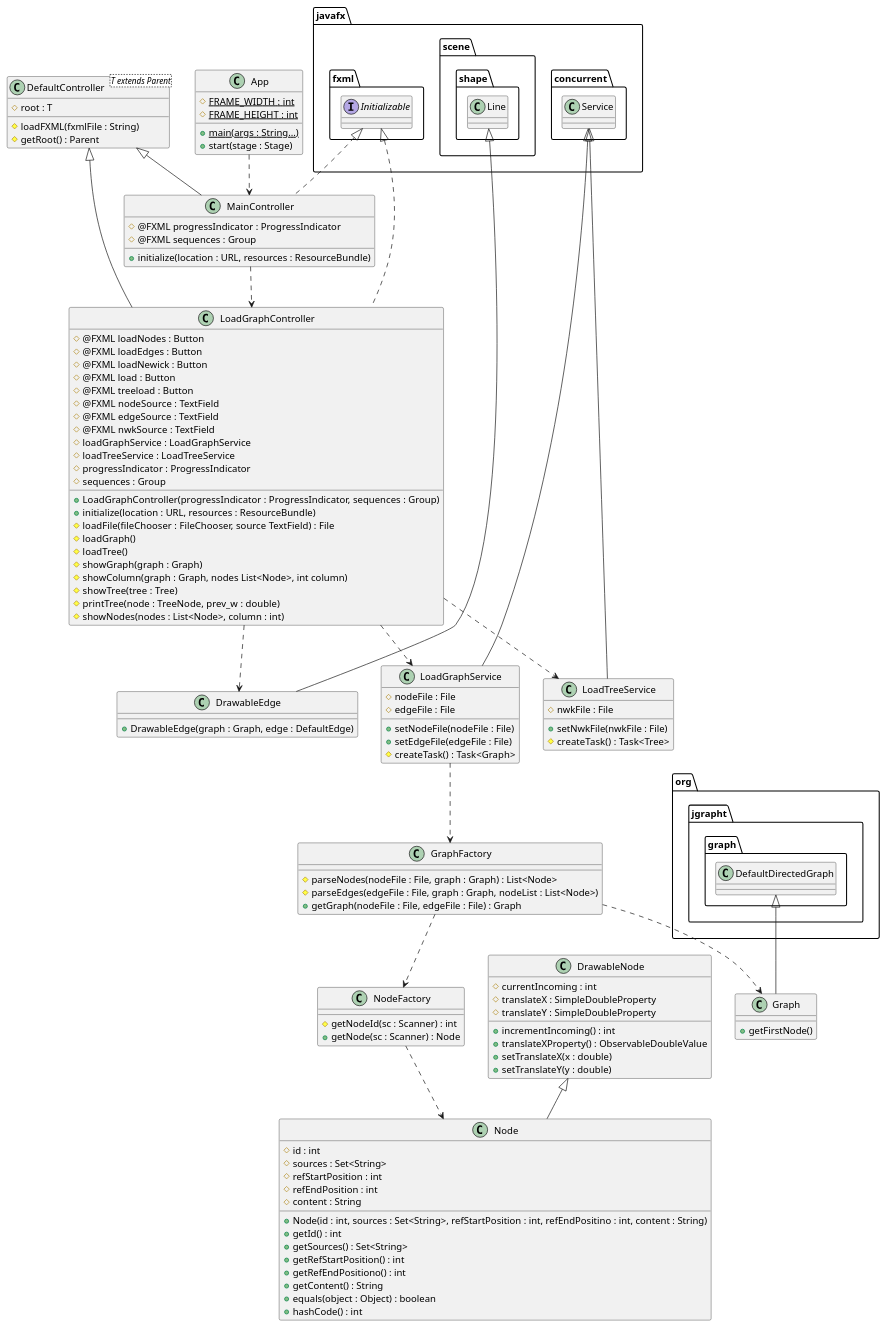
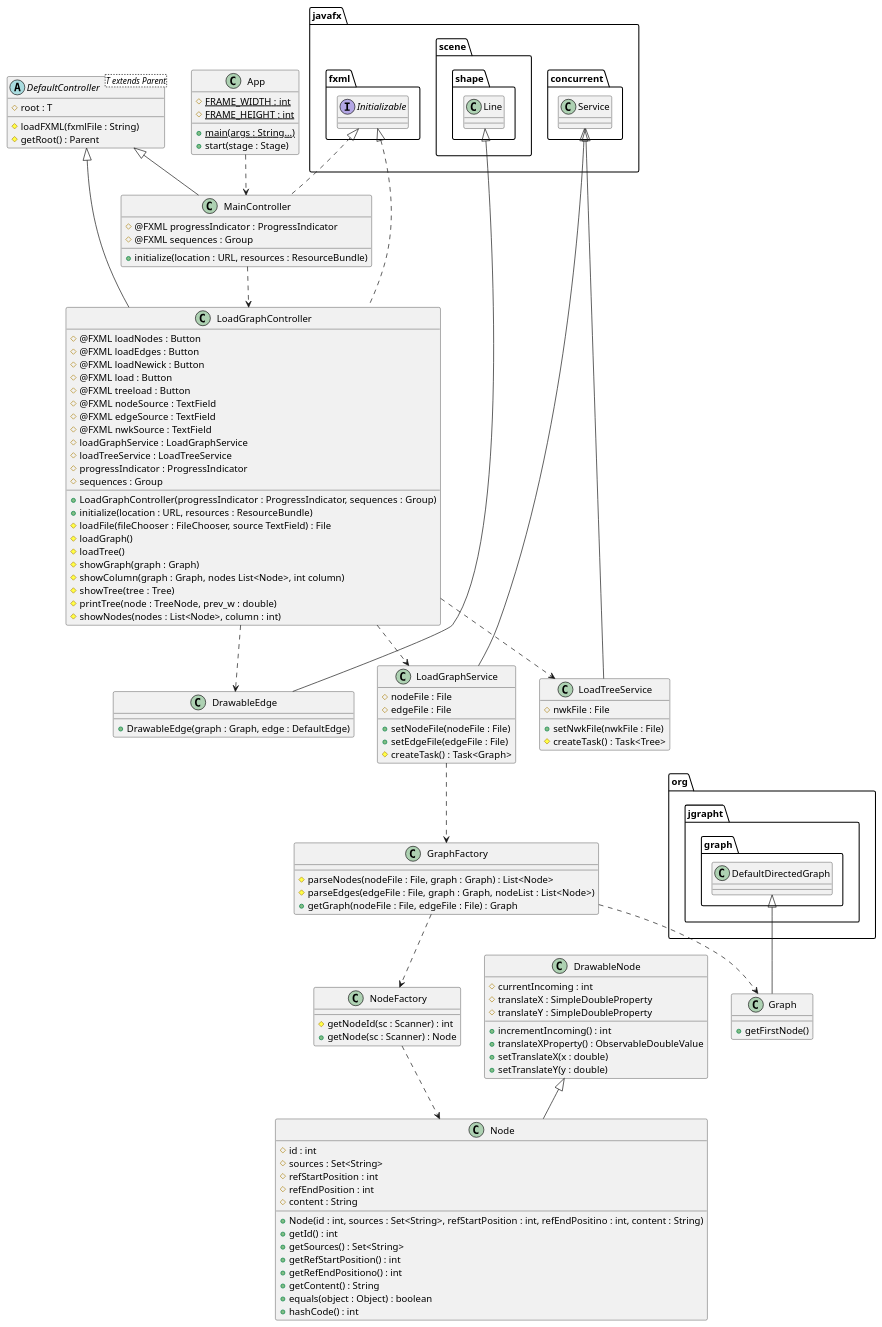
Before and after one commit to ProgrammingLife2015/geex: the diagram in diagrams/ProgrammingLife.puml, drawn with PlantUML.

Commit message:
DefaultController static in model

```diff
--- a/diagrams/ProgrammingLife.puml
+++ b/diagrams/ProgrammingLife.puml
@@ -1,120 +1,120 @@
 @startuml
 class App {
     {static} # FRAME_WIDTH : int
     {static} # FRAME_HEIGHT : int
 
     {static} +main(args : String...)
     +start(stage : Stage)
 }
 
 class DrawableEdge extends javafx.scene.shape.Line {
     +DrawableEdge(graph : Graph, edge : DefaultEdge)
 }
 class DrawableNode {
     # currentIncoming : int
     # translateX : SimpleDoubleProperty
     # translateY : SimpleDoubleProperty
     +incrementIncoming() : int
     +translateXProperty() : ObservableDoubleValue
     +setTranslateX(x : double)
     +setTranslateY(y : double)
 }
 
-class DefaultController<T extends Parent> {
+abstract class DefaultController<T extends Parent> {
     # root : T
     #loadFXML(fxmlFile : String)
     #getRoot() : Parent
 }
 
 class MainController extends DefaultController implements javafx.fxml.Initializable {
     # @FXML progressIndicator : ProgressIndicator
     # @FXML sequences : Group
     +initialize(location : URL, resources : ResourceBundle)
 }
 
 class LoadGraphController extends DefaultController implements javafx.fxml.Initializable {
     # @FXML loadNodes : Button
     # @FXML loadEdges : Button
     # @FXML loadNewick : Button
     # @FXML load : Button
     # @FXML treeload : Button
     # @FXML nodeSource : TextField
     # @FXML edgeSource : TextField
     # @FXML nwkSource : TextField
     # loadGraphService : LoadGraphService
     # loadTreeService : LoadTreeService
     # progressIndicator : ProgressIndicator
     # sequences : Group
 
     +LoadGraphController(progressIndicator : ProgressIndicator, sequences : Group)
     +initialize(location : URL, resources : ResourceBundle)
     #loadFile(fileChooser : FileChooser, source TextField) : File
     #loadGraph()
     #loadTree()
     #showGraph(graph : Graph)
     #showColumn(graph : Graph, nodes List<Node>, int column)
     #showTree(tree : Tree)
     #printTree(node : TreeNode, prev_w : double)
     #showNodes(nodes : List<Node>, column : int)
 }
 
 
 class Node extends DrawableNode {
     # id : int
     # sources : Set<String>
     # refStartPosition : int
     # refEndPosition : int
     # content : String
 
     +Node(id : int, sources : Set<String>, refStartPosition : int, refEndPositino : int, content : String)
     +getId() : int
     +getSources() : Set<String>
     +getRefStartPosition() : int
     +getRefEndPositiono() : int
     +getContent() : String
     +equals(object : Object) : boolean
     +hashCode() : int
 }
 class NodeFactory {
     #getNodeId(sc : Scanner) : int
     +getNode(sc : Scanner) : Node
 }
 
 class Graph extends org.jgrapht.graph.DefaultDirectedGraph {
     +getFirstNode()
 }
 class GraphFactory {
     #parseNodes(nodeFile : File, graph : Graph) : List<Node>
     #parseEdges(edgeFile : File, graph : Graph, nodeList : List<Node>)
     +getGraph(nodeFile : File, edgeFile : File) : Graph
 }
 
 class LoadGraphService extends javafx.concurrent.Service {
     # nodeFile : File
     # edgeFile : File
 
     +setNodeFile(nodeFile : File)
     +setEdgeFile(edgeFile : File)
     #createTask() : Task<Graph>
 }
 class LoadTreeService extends javafx.concurrent.Service {
     # nwkFile : File
 
     +setNwkFile(nwkFile : File)
     #createTask() : Task<Tree>
 }
 
 GraphFactory ..> Graph
 GraphFactory ..> NodeFactory
 
 NodeFactory ..> Node
 
 App ..> MainController
 MainController ..> LoadGraphController
 
 LoadGraphController ..> DrawableEdge
 LoadGraphController ..> LoadGraphService
 LoadGraphController ..> LoadTreeService
 
 LoadGraphService ..> GraphFactory
 @enduml
```
